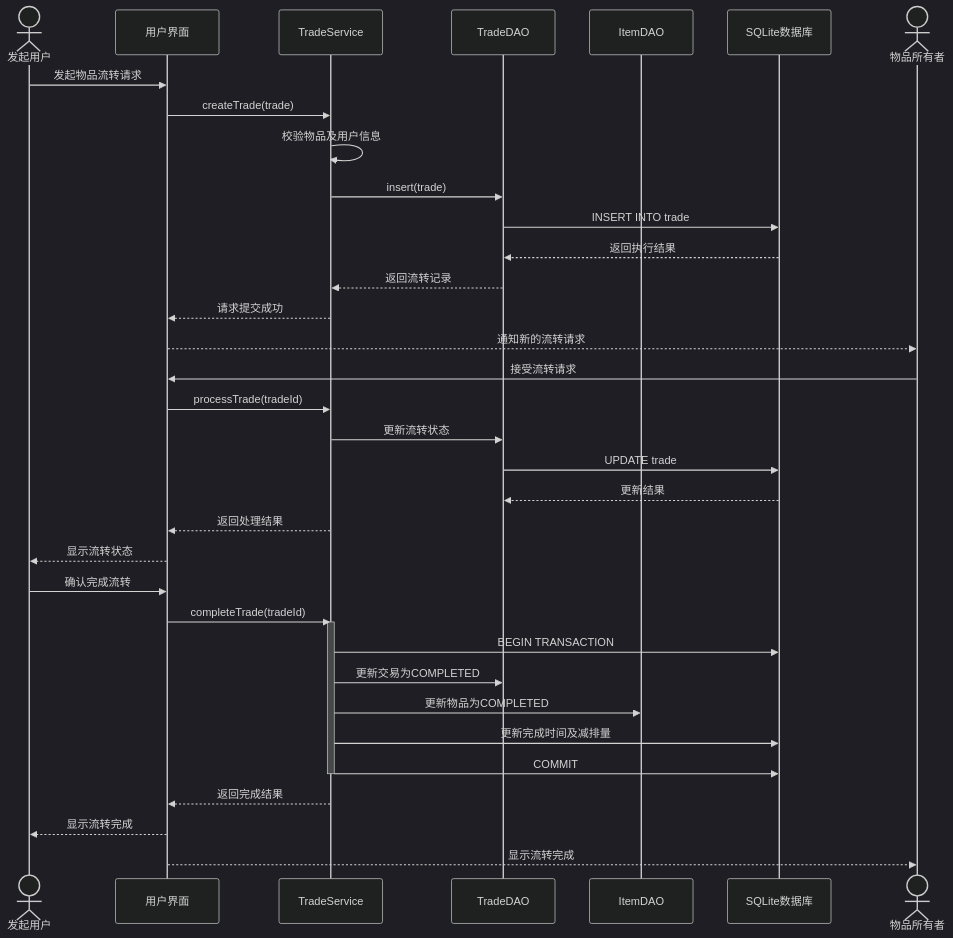
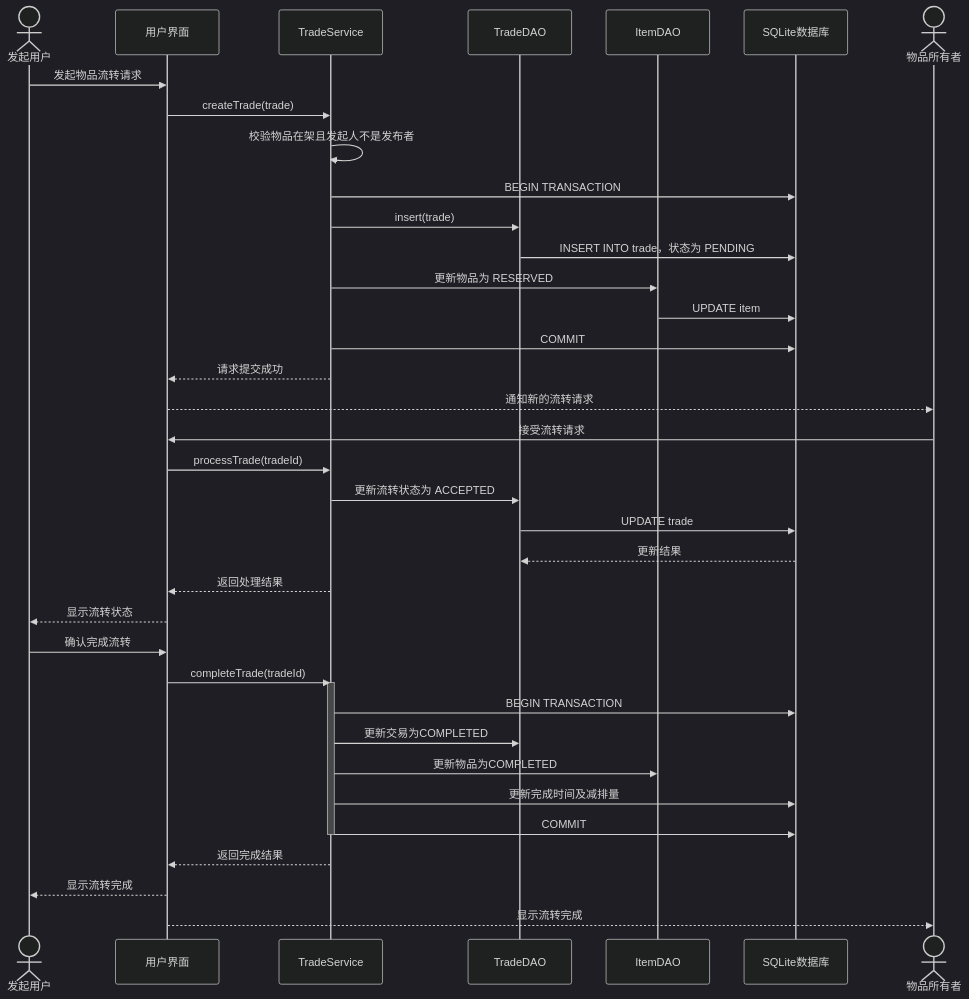
The diagram in docs/uml/04-成交流转时序图.mmd (jiuyuefanwei/low-carbon-campus), drawn with Mermaid (dark theme) before and after one commit. The commit also changed 7 other files, not shown here.

```diff
--- a/docs/uml/04-成交流转时序图.mmd
+++ b/docs/uml/04-成交流转时序图.mmd
@@ -1,43 +1,45 @@
 sequenceDiagram
     actor Buyer as 发起用户
     participant UI as 用户界面
     participant Service as TradeService
     participant TradeDAO as TradeDAO
     participant ItemDAO as ItemDAO
     participant DB as SQLite数据库
     actor Seller as 物品所有者
 
     Buyer->>UI: 发起物品流转请求
     UI->>Service: createTrade(trade)
-    Service->>Service: 校验物品及用户信息
+    Service->>Service: 校验物品在架且发起人不是发布者
+    Service->>DB: BEGIN TRANSACTION
     Service->>TradeDAO: insert(trade)
-    TradeDAO->>DB: INSERT INTO trade
-    DB-->>TradeDAO: 返回执行结果
-    TradeDAO-->>Service: 返回流转记录
+    TradeDAO->>DB: INSERT INTO trade，状态为 PENDING
+    Service->>ItemDAO: 更新物品为 RESERVED
+    ItemDAO->>DB: UPDATE item
+    Service->>DB: COMMIT
 
     Service-->>UI: 请求提交成功
     UI-->>Seller: 通知新的流转请求
 
     Seller->>UI: 接受流转请求
     UI->>Service: processTrade(tradeId)
-    Service->>TradeDAO: 更新流转状态
+    Service->>TradeDAO: 更新流转状态为 ACCEPTED
     TradeDAO->>DB: UPDATE trade
     DB-->>TradeDAO: 更新结果
 
     Service-->>UI: 返回处理结果
     UI-->>Buyer: 显示流转状态
 
     Buyer->>UI: 确认完成流转
     UI->>Service: completeTrade(tradeId)
 
     activate Service
     Service->>DB: BEGIN TRANSACTION
     Service->>TradeDAO: 更新交易为COMPLETED
     Service->>ItemDAO: 更新物品为COMPLETED
     Service->>DB: 更新完成时间及减排量
     Service->>DB: COMMIT
     deactivate Service
 
     Service-->>UI: 返回完成结果
     UI-->>Buyer: 显示流转完成
     UI-->>Seller: 显示流转完成
```
